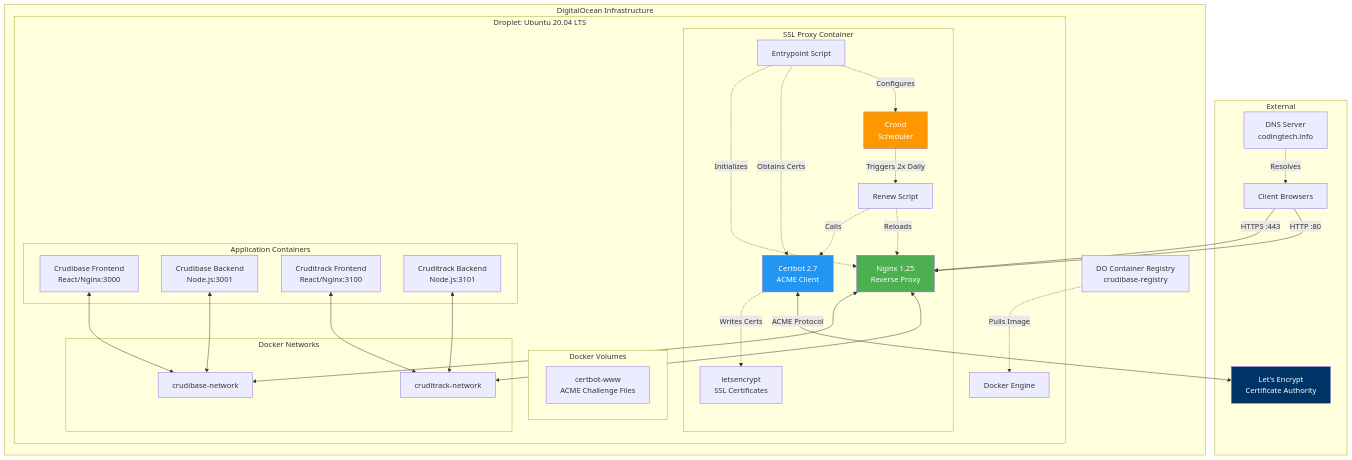
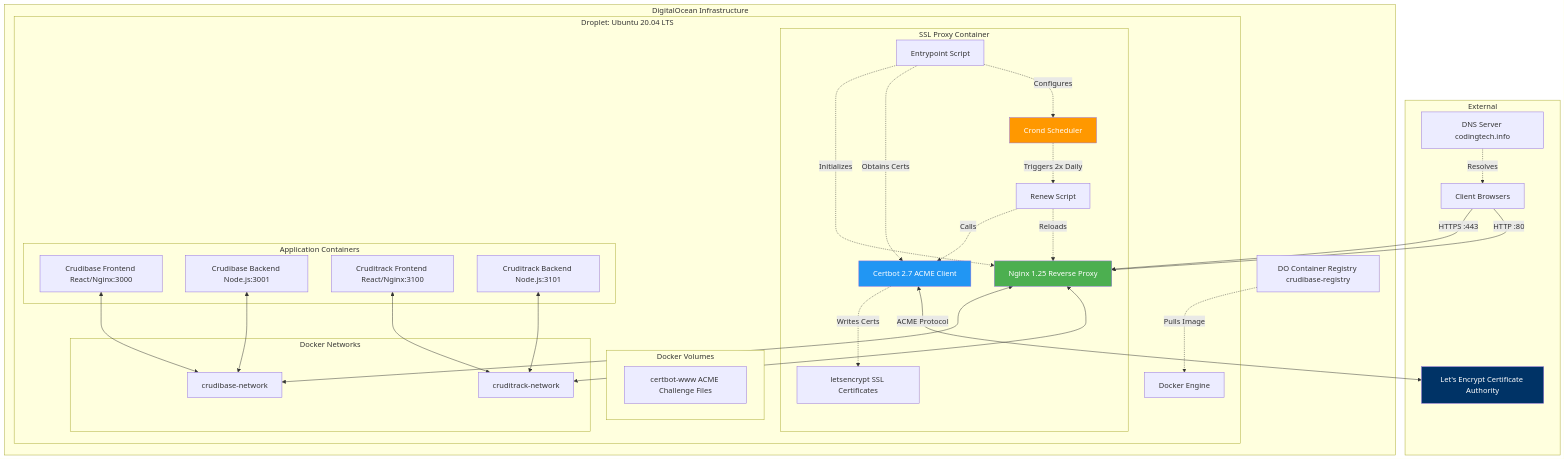
One commit to softwarewrighter/ssl-proxy-for-do changed the first of 10 diagrams in wiki/Architecture.md. Above: the diagram before and after it, drawn with Mermaid. The commit also changed other lines of this file and 7 other files, not shown here.

First line of the commit message:
Fix wiki Mermaid diagrams: remove remaining <br/> tags

````diff
--- a/wiki/Architecture.md
+++ b/wiki/Architecture.md
@@ -19,66 +19,66 @@
 ```mermaid
 graph TB
     subgraph "External"
-        DNS[DNS Server<br/>codingtech.info]
-        LE[Let's Encrypt<br/>Certificate Authority]
+        DNS[DNS Server codingtech.info]
+        LE[Let's Encrypt Certificate Authority]
         Client[Client Browsers]
     end
 
     subgraph "DigitalOcean Infrastructure"
-        Registry[DO Container Registry<br/>crudibase-registry]
+        Registry[DO Container Registry crudibase-registry]
 
         subgraph "Droplet: Ubuntu 20.04 LTS"
             Docker[Docker Engine]
 
             subgraph "SSL Proxy Container"
-                Nginx[Nginx 1.25<br/>Reverse Proxy]
-                Certbot[Certbot 2.7<br/>ACME Client]
-                Cron[Crond<br/>Scheduler]
+                Nginx[Nginx 1.25 Reverse Proxy]
+                Certbot[Certbot 2.7 ACME Client]
+                Cron[Crond Scheduler]
                 Entrypoint[Entrypoint Script]
 
                 Entrypoint -.Initializes.-> Nginx
                 Entrypoint -.Obtains Certs.-> Certbot
                 Entrypoint -.Configures.-> Cron
                 Certbot -.Writes Certs.-> VolLetsEncrypt
                 Cron -.Triggers 2x Daily.-> RenewScript[Renew Script]
                 RenewScript -.Calls.-> Certbot
                 RenewScript -.Reloads.-> Nginx
             end
 
             subgraph "Application Containers"
-                CB_Frontend[Crudibase Frontend<br/>React/Nginx:3000]
-                CB_Backend[Crudibase Backend<br/>Node.js:3001]
-                CT_Frontend[Cruditrack Frontend<br/>React/Nginx:3100]
-                CT_Backend[Cruditrack Backend<br/>Node.js:3101]
+                CB_Frontend[Crudibase Frontend React/Nginx:3000]
+                CB_Backend[Crudibase Backend Node.js:3001]
+                CT_Frontend[Cruditrack Frontend React/Nginx:3100]
+                CT_Backend[Cruditrack Backend Node.js:3101]
             end
 
             subgraph "Docker Volumes"
-                VolLetsEncrypt[letsencrypt<br/>SSL Certificates]
-                VolCertbotWWW[certbot-www<br/>ACME Challenge Files]
+                VolLetsEncrypt[letsencrypt SSL Certificates]
+                VolCertbotWWW[certbot-www ACME Challenge Files]
             end
 
             subgraph "Docker Networks"
                 NetCrudibase[crudibase-network]
                 NetCruditrack[cruditrack-network]
             end
         end
     end
 
     Client -->|HTTPS :443| Nginx
     Client -->|HTTP :80| Nginx
     DNS -.Resolves.-> Client
     Certbot <-->|ACME Protocol| LE
     Registry -.Pulls Image.-> Docker
 
     Nginx <--> NetCrudibase
     Nginx <--> NetCruditrack
     CB_Frontend <--> NetCrudibase
     CB_Backend <--> NetCrudibase
     CT_Frontend <--> NetCruditrack
     CT_Backend <--> NetCruditrack
 
     style Nginx fill:#4CAF50,color:#fff
     style Certbot fill:#2196F3,color:#fff
     style Cron fill:#FF9800,color:#fff
     style LE fill:#003366,color:#fff
 ```
````
